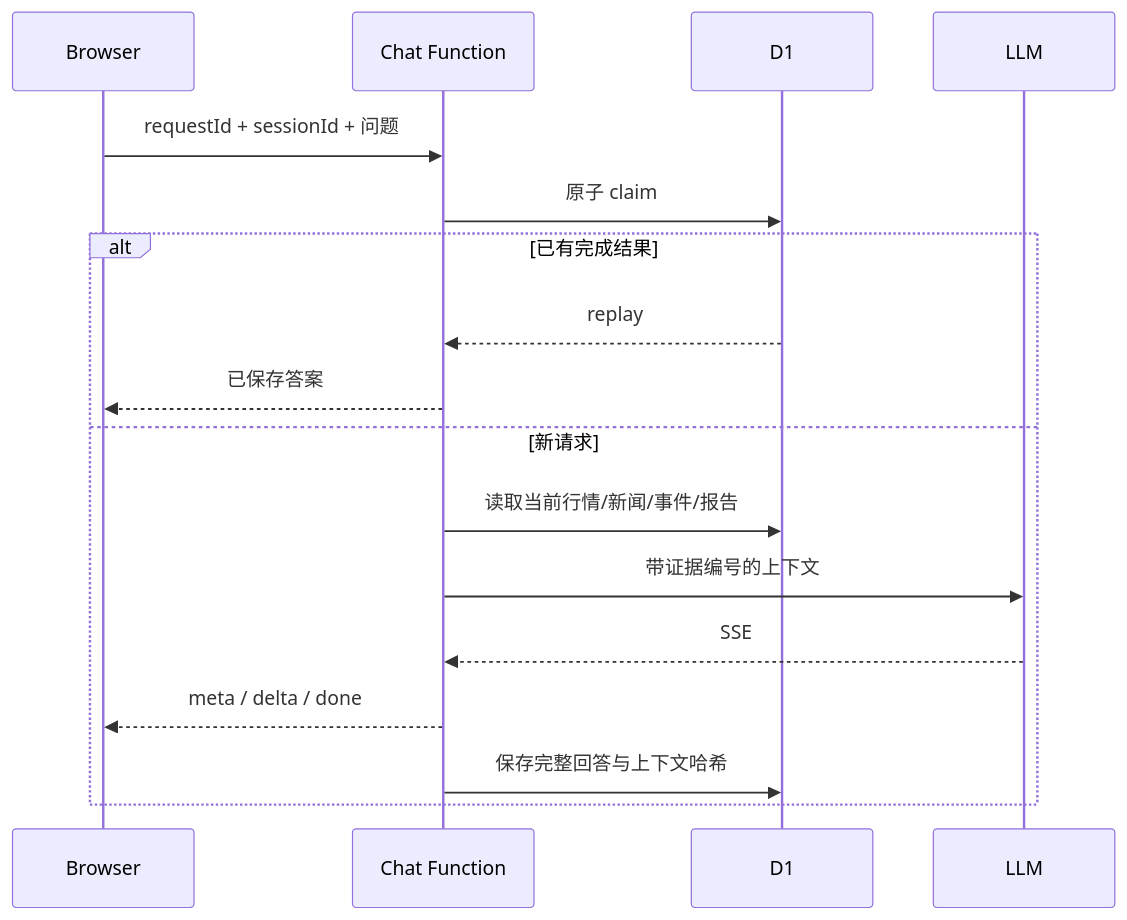
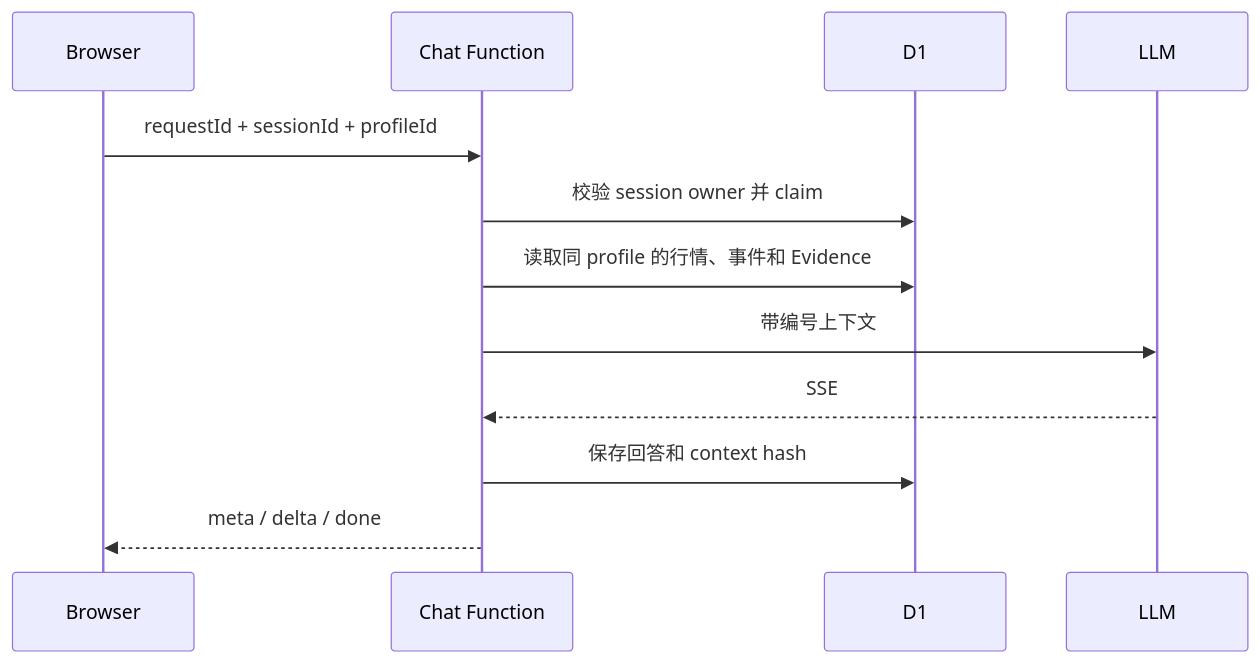
One commit to gaaiyun/TradingWorkbench changed the eighth of 8 diagrams in docs/architecture-and-data-flows.md. Above: the diagram before and after it, drawn with Mermaid. The commit also changed other lines of this file and 4 other files, not shown here.

````diff
--- a/docs/architecture-and-data-flows.md
+++ b/docs/architecture-and-data-flows.md
@@ -222,20 +265,15 @@
 ```mermaid
 sequenceDiagram
     participant B as Browser
     participant C as Chat Function
     participant D as D1
     participant L as LLM
 
-    B->>C: requestId + sessionId + 问题
-    C->>D: 原子 claim
-    alt 已有完成结果
-        D-->>C: replay
-        C-->>B: 已保存答案
-    else 新请求
-        C->>D: 读取当前行情/新闻/事件/报告
-        C->>L: 带证据编号的上下文
-        L-->>C: SSE
-        C-->>B: meta / delta / done
-        C->>D: 保存完整回答与上下文哈希
-    end
+    B->>C: requestId + sessionId + profileId
+    C->>D: 校验 session owner 并 claim
+    C->>D: 读取同 profile 的行情、事件和 Evidence
+    C->>L: 带编号上下文
+    L-->>C: SSE
+    C->>D: 保存回答和 context hash
+    C-->>B: meta / delta / done
 ```
````
